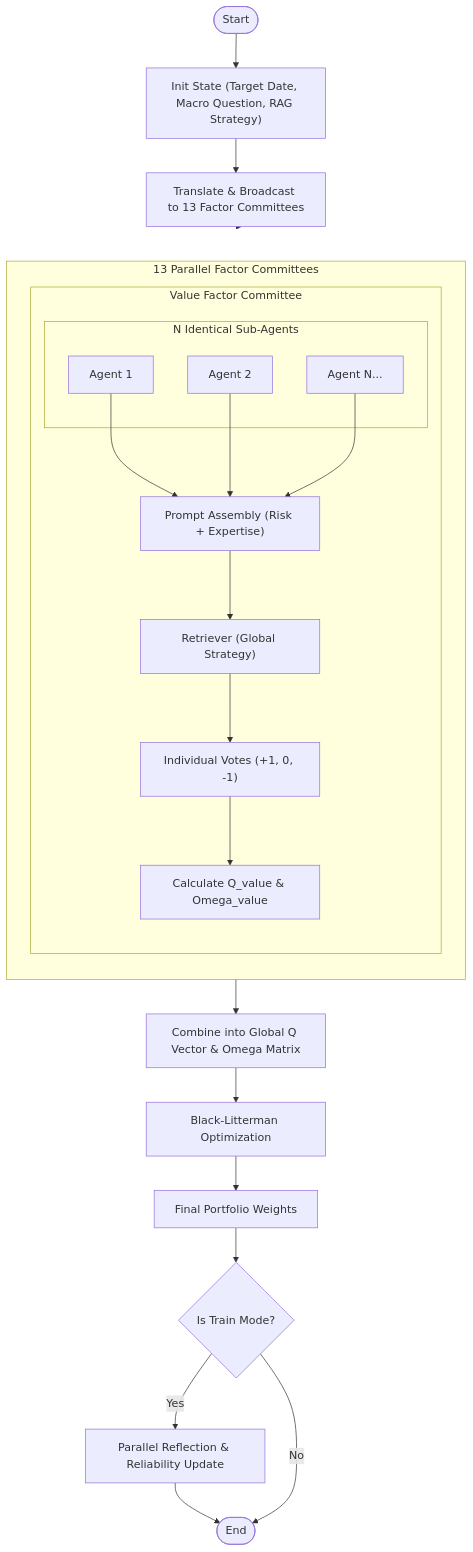
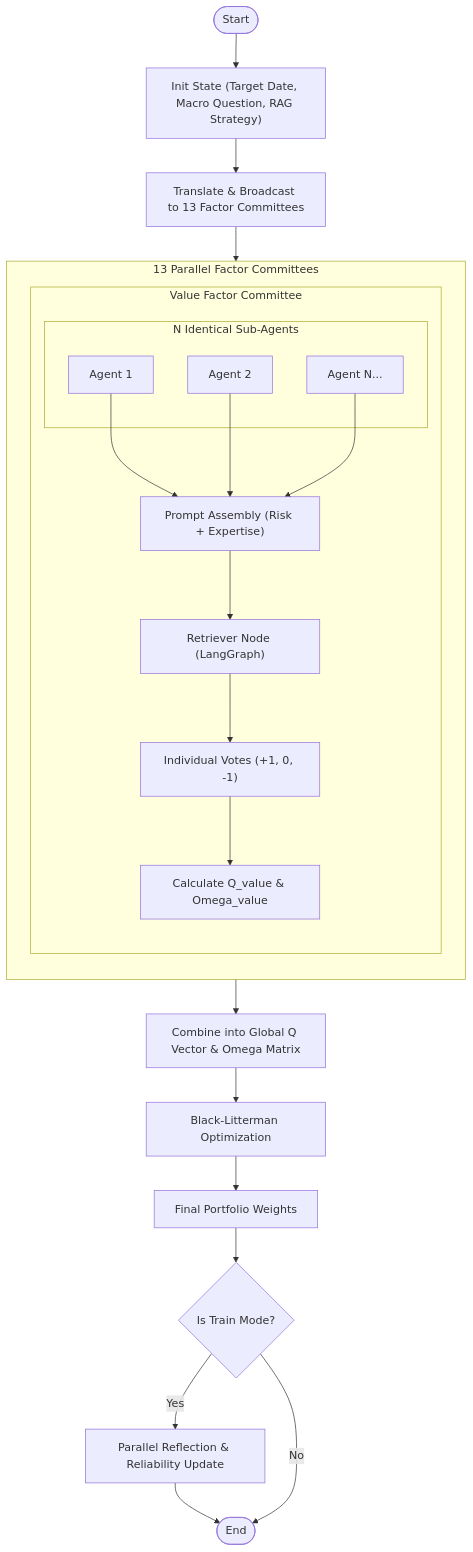
One commit to jaepil-choi/finmem-agent changed the second of 2 diagrams in docs/plans/architecture.md. Above: the diagram before and after it, drawn with Mermaid. The commit also changed other lines of this file, not shown here.

Commit message:
docs(architecture): update RAG pipeline to reflect LangGraph refactoring

````diff
--- a/docs/plans/architecture.md
+++ b/docs/plans/architecture.md
@@ -53,39 +77,39 @@
 ```mermaid
 flowchart TD
     Start([Start]) --> Init["Init State (Target Date, Macro Question, RAG Strategy)"]
     Init --> Broadcast["Translate & Broadcast to 13 Factor Committees"]
 
     subgraph FactorCommittees [13 Parallel Factor Committees]
         direction TB
         
         subgraph ValueCommittee [Value Factor Committee]
             direction TB
             subgraph ValueAgents [N Identical Sub-Agents]
                 V1[Agent 1]
                 V2[Agent 2]
                 VN[Agent N...]
             end
             
-            Retriever["Retriever (Global Strategy)"]
+            RetrieverNode["Retriever Node (LangGraph)"]
             PromptBuilder["Prompt Assembly (Risk + Expertise)"]
             
             V1 & V2 & VN --> PromptBuilder
-            PromptBuilder --> Retriever
-            Retriever --> Vote["Individual Votes (+1, 0, -1)"]
+            PromptBuilder --> RetrieverNode
+            RetrieverNode --> Vote["Individual Votes (+1, 0, -1)"]
             Vote --> Agg["Calculate Q_value & Omega_value"]
         end
 
         %% ... other 12 committees ...
     end
 
-    Broadcast --> ValueCommittee
+    Broadcast --> FactorCommittees
     
     Agg --> GlobalAgg["Combine into Global Q Vector & Omega Matrix"]
     GlobalAgg --> Optimize["Black-Litterman Optimization"]
     Optimize --> Output[Final Portfolio Weights]
     
     Output --> IsTrain{Is Train Mode?}
     IsTrain -->|"Yes"| Reflect["Parallel Reflection & Reliability Update"]
     Reflect --> End([End])
     IsTrain -->|"No"| End
 ```
````
